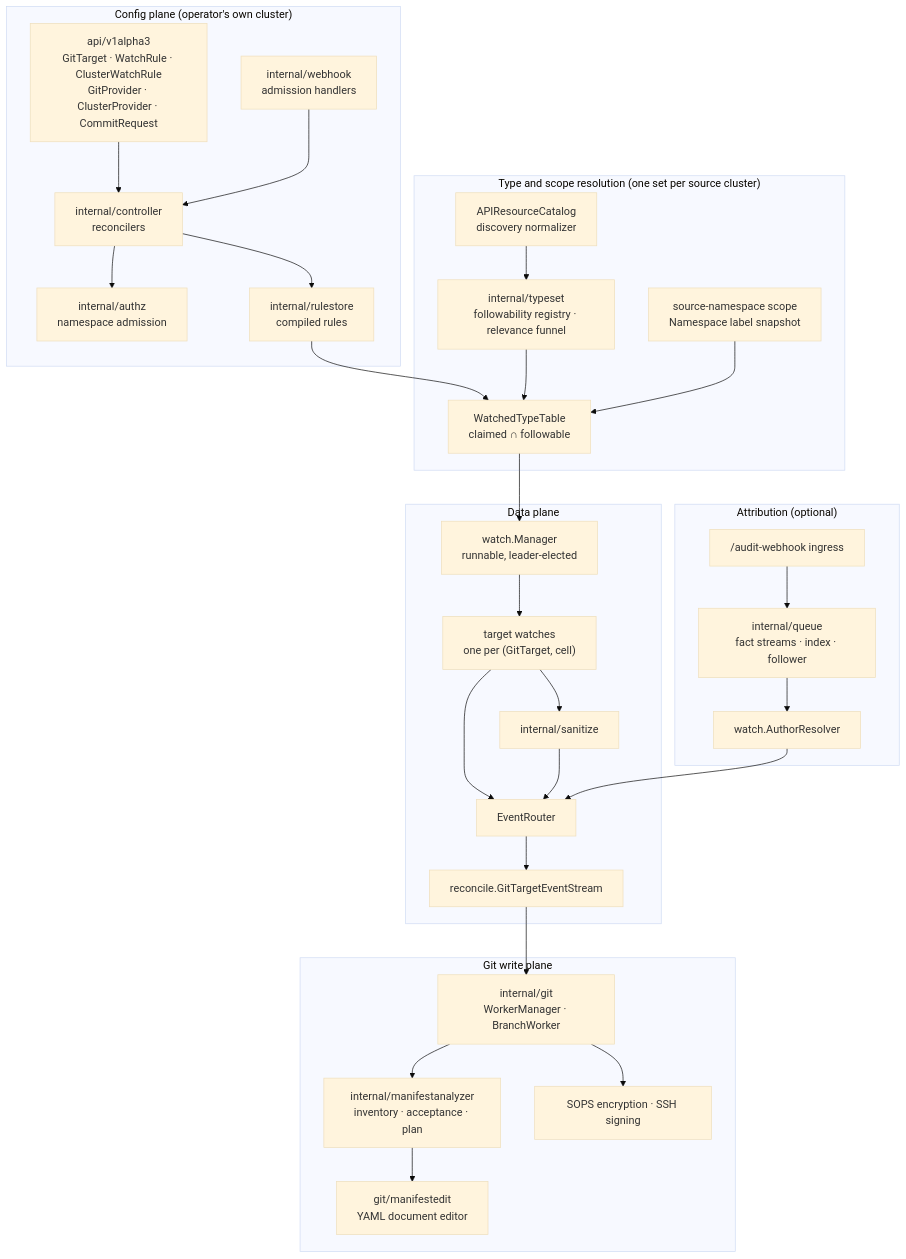
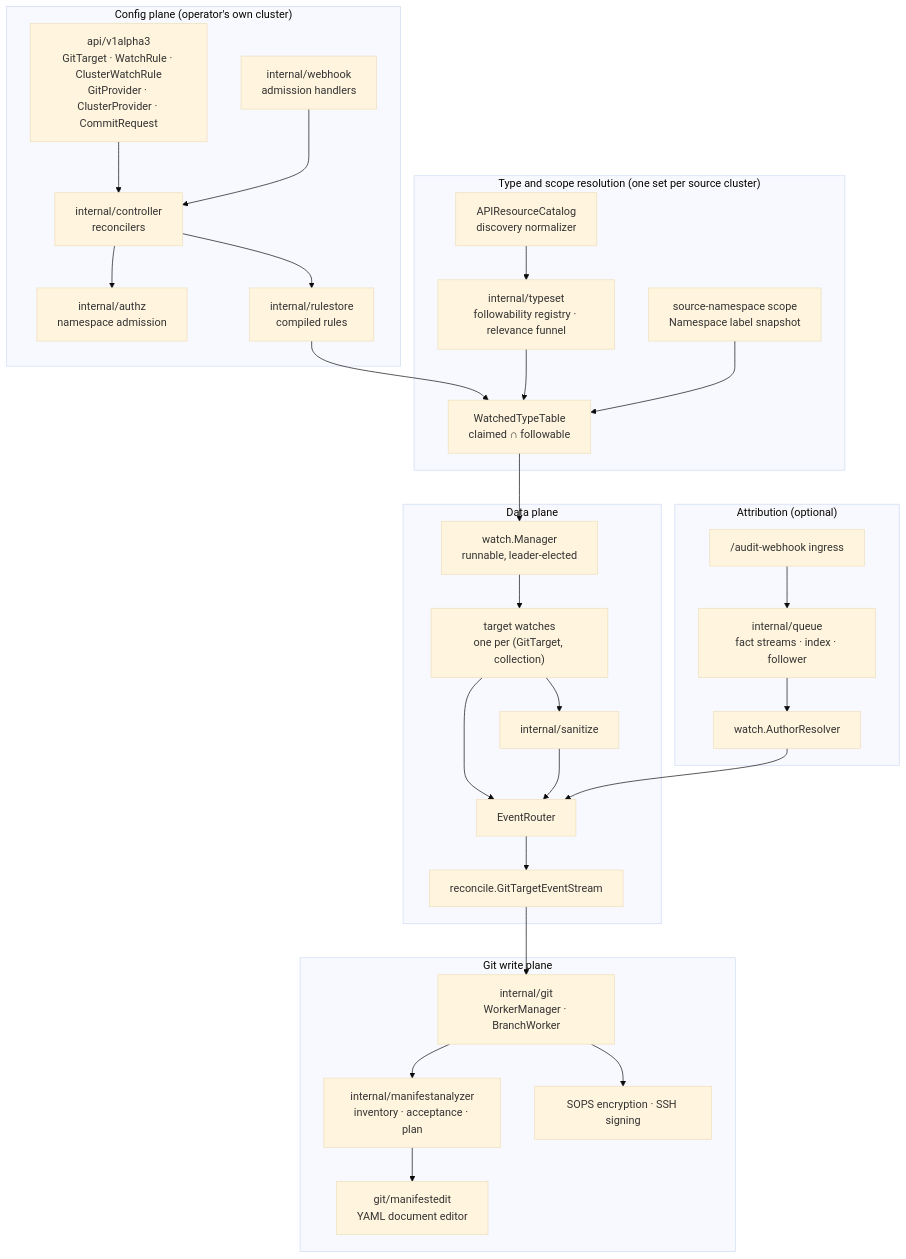
The first of 3 diagrams in docs/components.md (ConfigButler/gitops-reverser), drawn with Mermaid (base theme) before and after one commit. The commit also changed other lines of this file and 118 other files, not shown here.

````diff
--- a/docs/components.md
+++ b/docs/components.md
@@ -23,49 +23,49 @@
 ```mermaid
 flowchart TB
     subgraph CFG["Config plane (operator's own cluster)"]
         CRD["api/v1alpha3<br/>GitTarget · WatchRule · ClusterWatchRule<br/>GitProvider · ClusterProvider · CommitRequest"]
         CTRL["internal/controller<br/>reconcilers"]
         ADM["internal/webhook<br/>admission handlers"]
         AUTHZ["internal/authz<br/>namespace admission"]
         RS["internal/rulestore<br/>compiled rules"]
     end
 
     subgraph RES["Type and scope resolution (one set per source cluster)"]
         CAT["APIResourceCatalog<br/>discovery normalizer"]
         REG["internal/typeset<br/>followability registry · relevance funnel"]
         TBL["WatchedTypeTable<br/>claimed ∩ followable"]
         NSS["source-namespace scope<br/>Namespace label snapshot"]
     end
 
     subgraph DP["Data plane"]
         WM["watch.Manager<br/>runnable, leader-elected"]
-        TW["target watches<br/>one per (GitTarget, cell)"]
+        TW["target watches<br/>one per (GitTarget, collection)"]
         ER["EventRouter"]
         GTES["reconcile.GitTargetEventStream"]
         SAN["internal/sanitize"]
     end
 
     subgraph GITW["Git write plane"]
         BW["internal/git<br/>WorkerManager · BranchWorker"]
         MA["internal/manifestanalyzer<br/>inventory · acceptance · plan"]
         ME["git/manifestedit<br/>YAML document editor"]
         ENC["SOPS encryption · SSH signing"]
     end
 
     subgraph ATT["Attribution (optional)"]
         AUD["/audit-webhook ingress"]
         FS["internal/queue<br/>fact streams · index · follower"]
         AR["watch.AuthorResolver"]
     end
 
     CRD --> CTRL --> RS --> TBL
     CTRL --> AUTHZ
     ADM --> CTRL
     CAT --> REG --> TBL
     NSS --> TBL
     TBL --> WM --> TW --> ER --> GTES --> BW
     TW --> SAN --> ER
     BW --> MA --> ME
     BW --> ENC
     AUD --> FS --> AR --> ER
 ```
````
